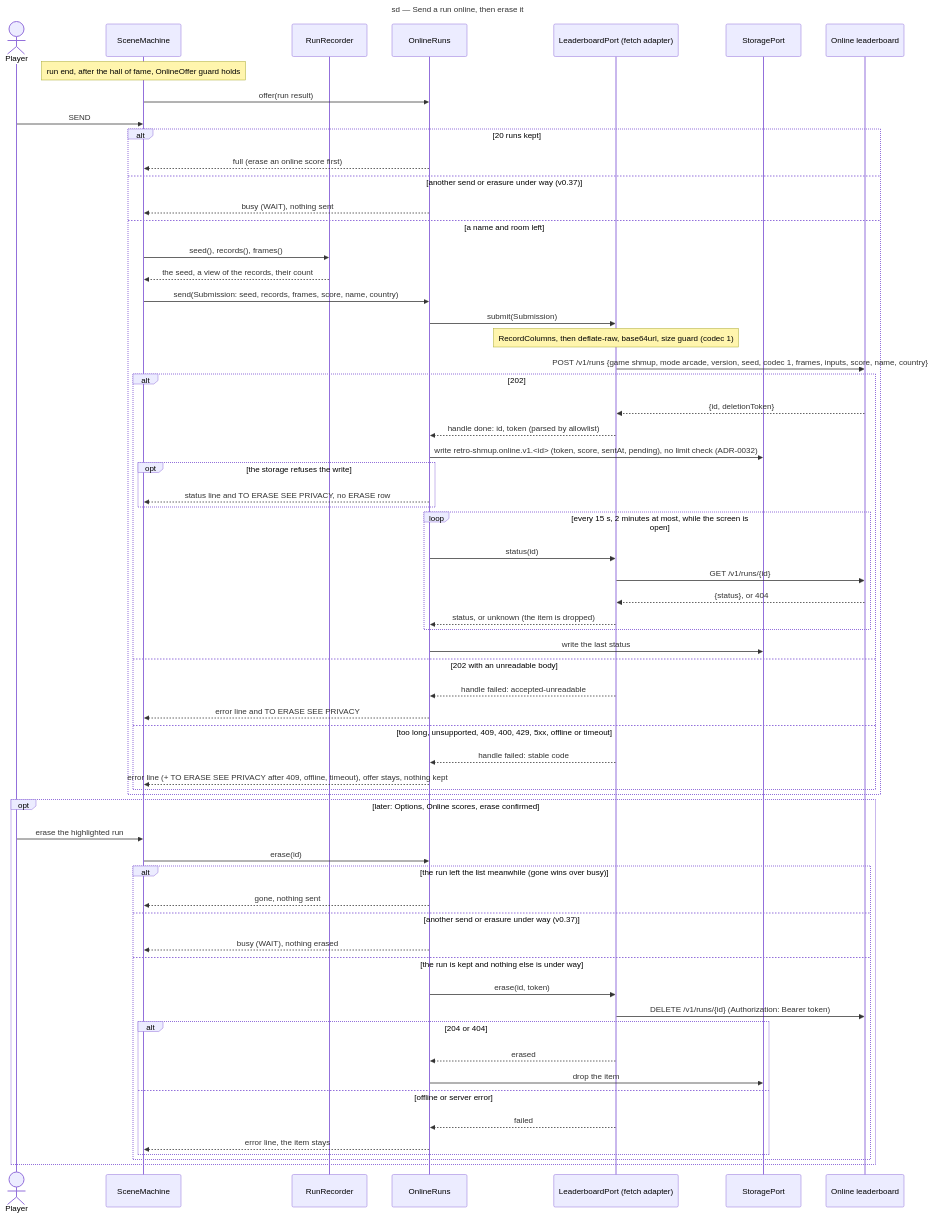
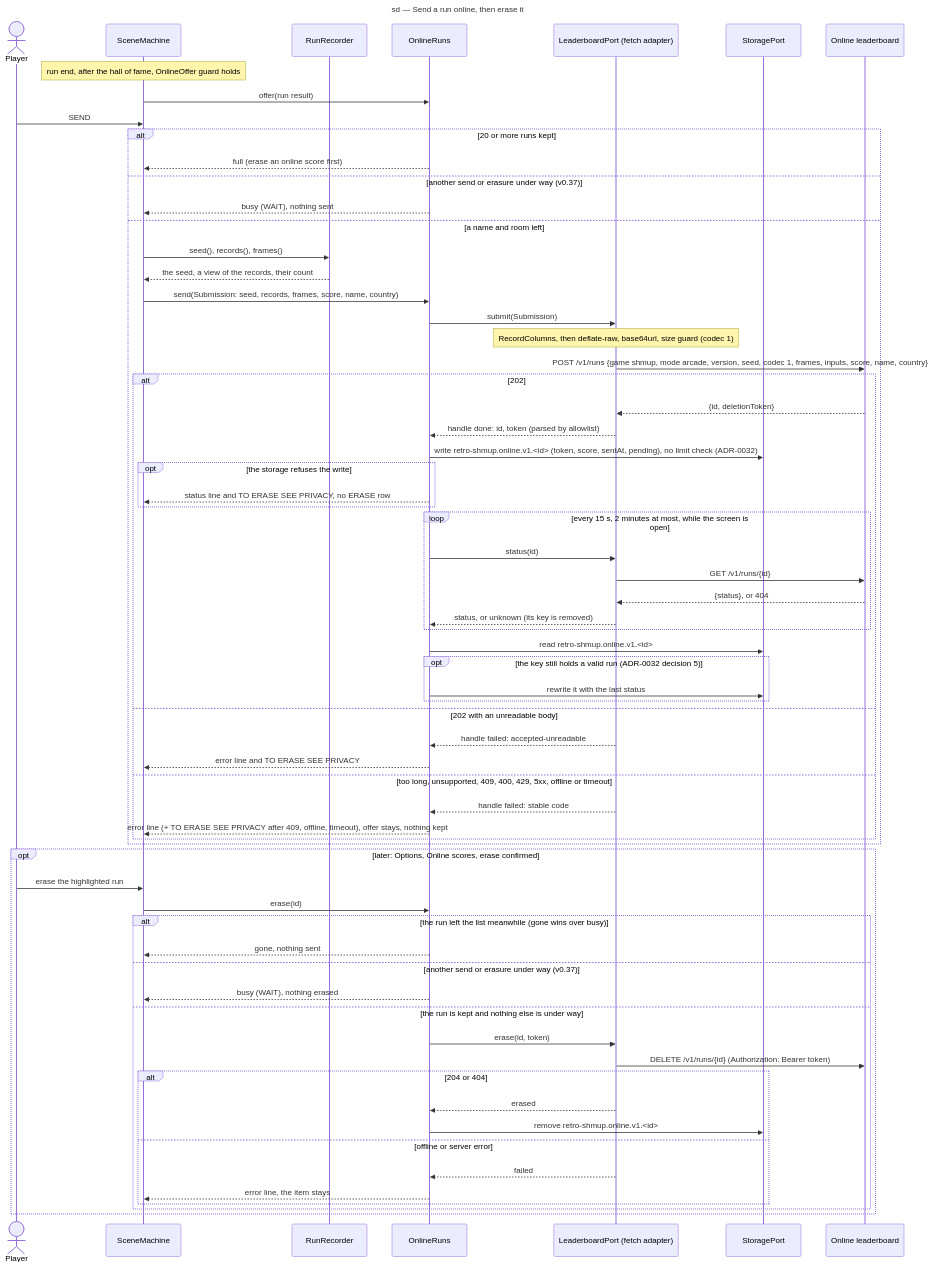
Before and after one commit to benoit-bremaud/retro-shmup: the diagram in docs/architecture/diagrams/meta/02-sequence-send-online.md, drawn with Mermaid. The commit also changed other lines of this file and 7 other files, not shown here.

First line of the commit message:
docs(uml): move the one-key operations into KeptRunKeys

````diff
--- a/docs/architecture/diagrams/meta/02-sequence-send-online.md
+++ b/docs/architecture/diagrams/meta/02-sequence-send-online.md
@@ -19,68 +19,71 @@
 ```mermaid
 sequenceDiagram
   title sd — Send a run online, then erase it
   actor Player
   participant Scenes as SceneMachine
   participant Rec as RunRecorder
   participant Online as OnlineRuns
   participant Port as LeaderboardPort (fetch adapter)
   participant Store as StoragePort
   participant LB as Online leaderboard
 
   Note over Scenes: run end, after the hall of fame, OnlineOffer guard holds
   Scenes->>Online: offer(run result)
   Player->>Scenes: SEND
-  alt 20 runs kept
+  alt 20 or more runs kept
     Online-->>Scenes: full (erase an online score first)
   else another send or erasure under way (v0.37)
     Online-->>Scenes: busy (WAIT), nothing sent
   else a name and room left
     Scenes->>Rec: seed(), records(), frames()
     Rec-->>Scenes: the seed, a view of the records, their count
     Scenes->>Online: send(Submission: seed, records, frames, score, name, country)
     Online->>Port: submit(Submission)
     Note over Port: RecordColumns, then deflate-raw, base64url, size guard (codec 1)
     Port->>LB: POST /v1/runs {game shmup, mode arcade, version, seed, codec 1, frames, inputs, score, name, country}
     alt 202
       LB-->>Port: {id, deletionToken}
       Port-->>Online: handle done: id, token (parsed by allowlist)
       Online->>Store: write retro-shmup.online.v1.<id> (token, score, sentAt, pending), no limit check (ADR-0032)
       opt the storage refuses the write
         Online-->>Scenes: status line and TO ERASE SEE PRIVACY, no ERASE row
       end
       loop every 15 s, 2 minutes at most, while the screen is open
         Online->>Port: status(id)
         Port->>LB: GET /v1/runs/{id}
         LB-->>Port: {status}, or 404
-        Port-->>Online: status, or unknown (the item is dropped)
+        Port-->>Online: status, or unknown (its key is removed)
       end
-      Online->>Store: write the last status
+      Online->>Store: read retro-shmup.online.v1.<id>
+      opt the key still holds a valid run (ADR-0032 decision 5)
+        Online->>Store: rewrite it with the last status
+      end
     else 202 with an unreadable body
       Port-->>Online: handle failed: accepted-unreadable
       Online-->>Scenes: error line and TO ERASE SEE PRIVACY
     else too long, unsupported, 409, 400, 429, 5xx, offline or timeout
       Port-->>Online: handle failed: stable code
       Online-->>Scenes: error line (+ TO ERASE SEE PRIVACY after 409, offline, timeout), offer stays, nothing kept
     end
   end
 
   opt later: Options, Online scores, erase confirmed
     Player->>Scenes: erase the highlighted run
     Scenes->>Online: erase(id)
     alt the run left the list meanwhile (gone wins over busy)
       Online-->>Scenes: gone, nothing sent
     else another send or erasure under way (v0.37)
       Online-->>Scenes: busy (WAIT), nothing erased
     else the run is kept and nothing else is under way
       Online->>Port: erase(id, token)
       Port->>LB: DELETE /v1/runs/{id} (Authorization: Bearer token)
       alt 204 or 404
         Port-->>Online: erased
-        Online->>Store: drop the item
+        Online->>Store: remove retro-shmup.online.v1.<id>
       else offline or server error
         Port-->>Online: failed
         Online-->>Scenes: error line, the item stays
       end
     end
   end
 ```
````
